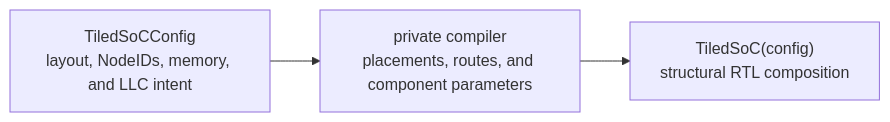
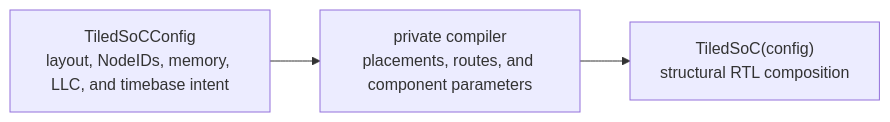
The second of 2 diagrams in socs/README.md (jerryz123/rhdl), drawn with Mermaid before and after one commit. The commit also changed other lines of this file and 36 other files, not shown here.

````diff
--- a/socs/README.md
+++ b/socs/README.md
@@ -132,8 +133,8 @@
 ```mermaid
 flowchart LR
-  Config["TiledSoCConfig<br/>layout, NodeIDs, memory, and LLC intent"]
+  Config["TiledSoCConfig<br/>layout, NodeIDs, memory, LLC, and timebase intent"]
   Compile["private compiler<br/>placements, routes, and component parameters"]
   RTL["TiledSoC(config)<br/>structural RTL composition"]
 
   Config --> Compile --> RTL
 ```
````
